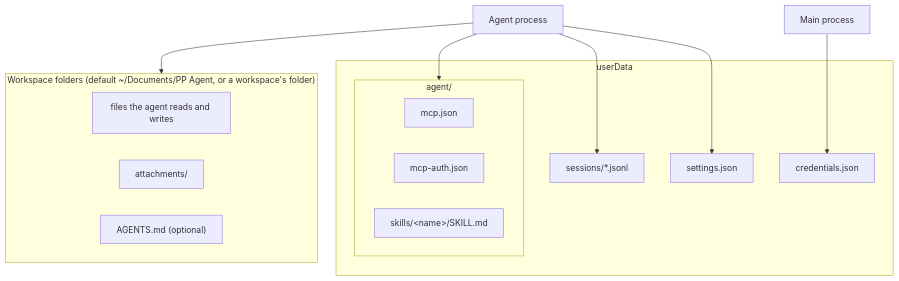
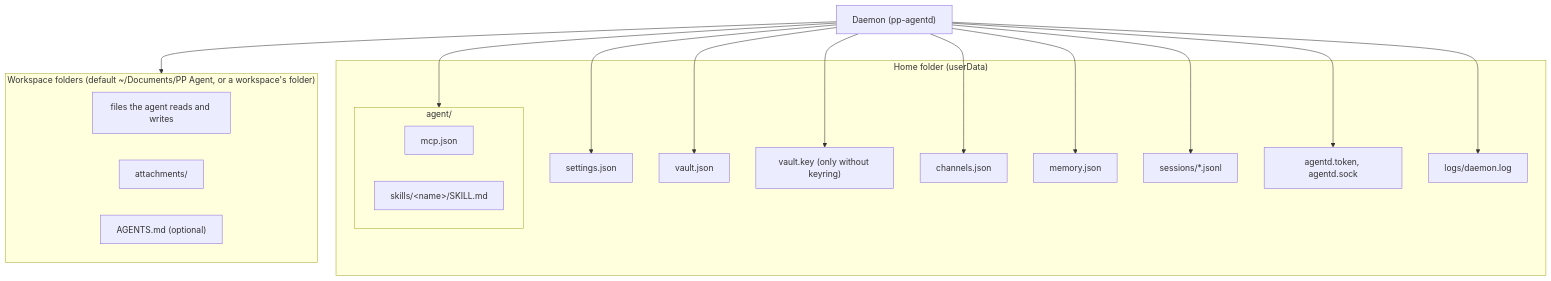
The diagram in docs/architecture/data-storage.md (pp-techs/pp-agent), drawn with Mermaid before and after one commit. The commit also changed other lines of this file and 160 other files, not shown here.

First line of the commit message:
feat(agent): run the agent in a background daemon and add a Telegram channel

````diff
--- a/docs/architecture/data-storage.md
+++ b/docs/architecture/data-storage.md
@@ -5,23 +5,32 @@
 ```mermaid
 flowchart TB
-  subgraph userData["userData"]
+  subgraph home["Home folder (userData)"]
     S["settings.json"]
-    C["credentials.json"]
+    V["vault.json"]
+    K["vault.key (only without keyring)"]
+    CH["channels.json"]
+    MEM["memory.json"]
     subgraph agentDir["agent/"]
       MJ["mcp.json"]
-      MA["mcp-auth.json"]
       SK["skills/&lt;name&gt;/SKILL.md"]
     end
     SE["sessions/*.jsonl"]
+    TOK["agentd.token, agentd.sock"]
+    LOG["logs/daemon.log"]
   end
   subgraph ws["Workspace folders (default ~/Documents/PP Agent, or a workspace's folder)"]
     W["files the agent reads and writes"]
     AT["attachments/"]
     AG["AGENTS.md (optional)"]
   end
-  Main["Main process"] --> C
-  Agent["Agent process"] --> S
-  Agent --> agentDir
-  Agent --> SE
-  Agent --> ws
+  Daemon["Daemon (pp-agentd)"] --> S
+  Daemon --> V
+  Daemon --> K
+  Daemon --> CH
+  Daemon --> MEM
+  Daemon --> agentDir
+  Daemon --> SE
+  Daemon --> TOK
+  Daemon --> LOG
+  Daemon --> ws
 ```
````
